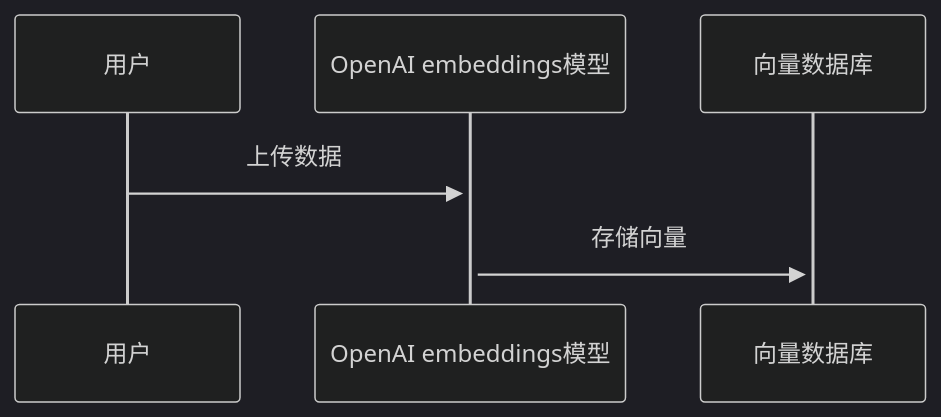
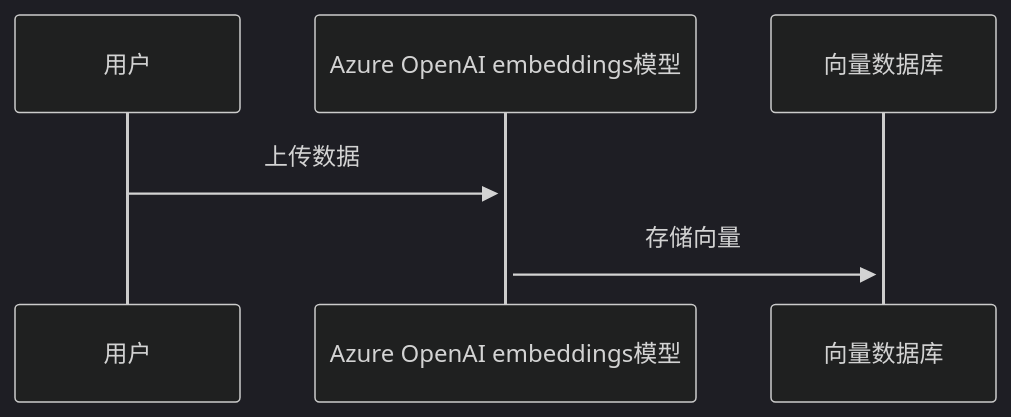
The first of 2 diagrams in README.md (gnfy/doc-ai-azure), drawn with Mermaid (dark theme) before and after one commit. The commit also changed other lines of this file, not shown here.

Commit message:
时序图更新:eyes:

````diff
--- a/README.md
+++ b/README.md
@@ -13,8 +13,5 @@
 ```mermaid
 sequenceDiagram
-    participant 用户
-    participant OpenAI embeddings模型
-    participant 向量数据库
-    用户->>+OpenAI embeddings模型: 上传数据
-    OpenAI embeddings模型->>+向量数据库: 存储向量
+    用户->>+Azure OpenAI embeddings模型: 上传数据
+    Azure OpenAI embeddings模型->>+向量数据库: 存储向量
 ```
````
